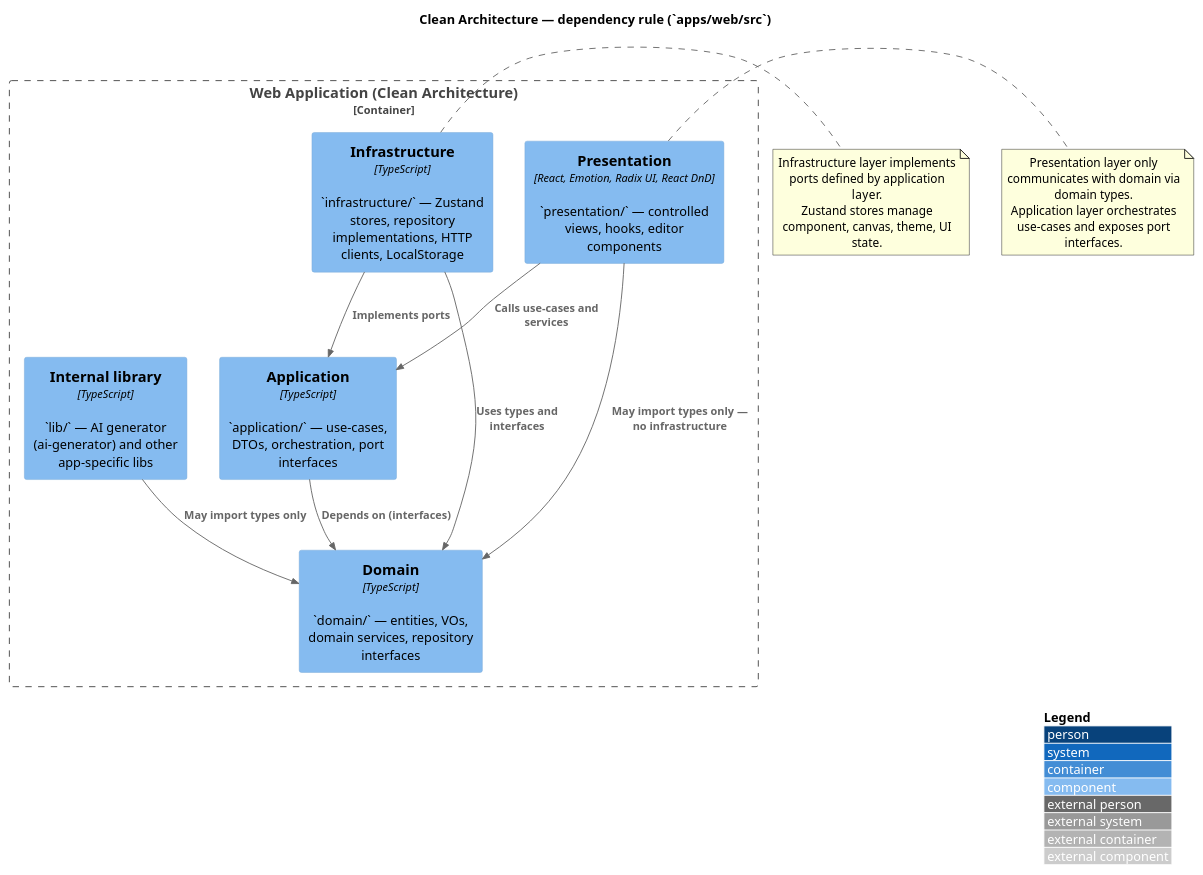
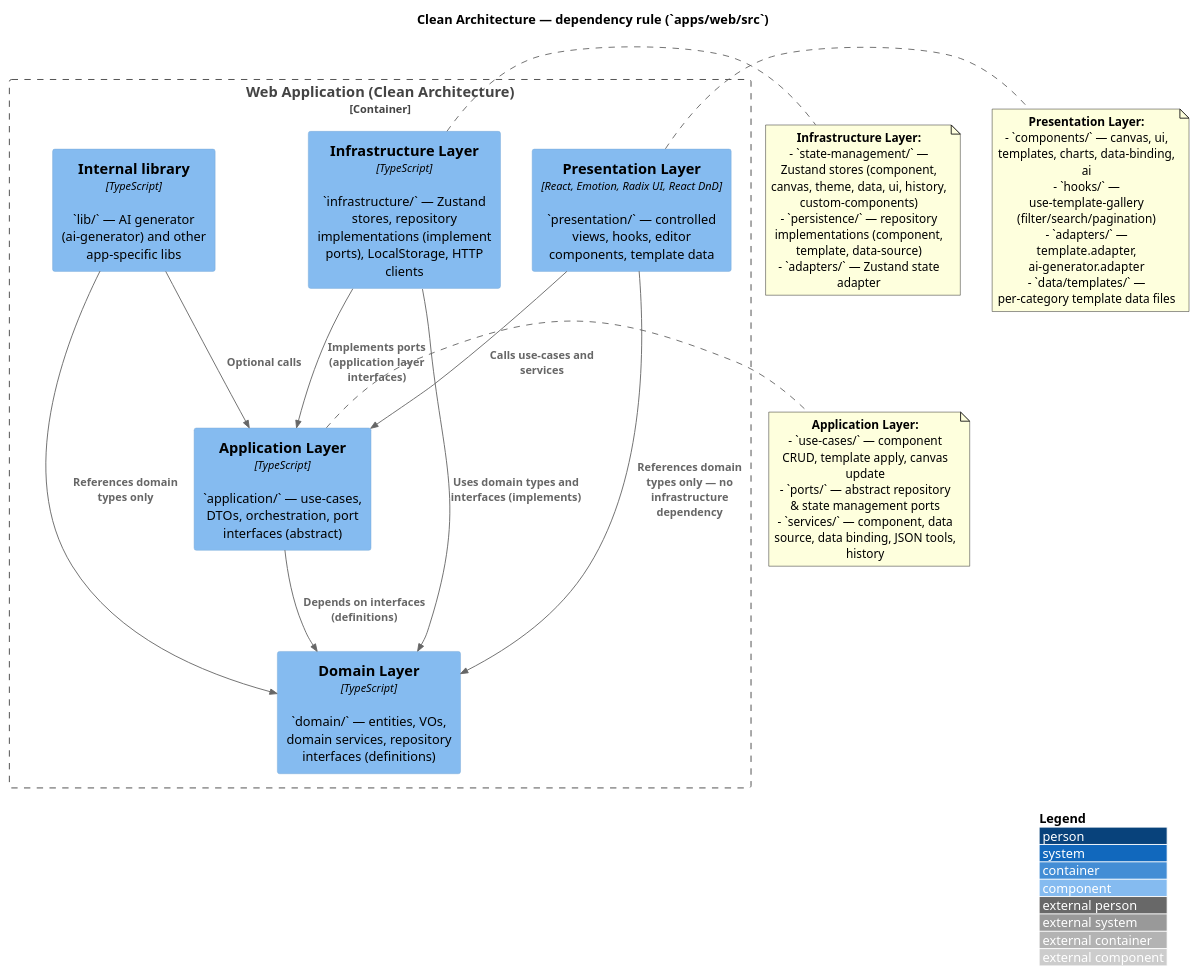
One commit to felixzhu97/low-code-platform changed the diagram in docs/en/architecture/c4/c4-clean-architecture.puml. Above: the diagram before and after it, drawn with PlantUML. The commit also changed 43 other files, not shown here.

First line of the commit message:
refactor: split templates.ts into category files + update architecture docs

```diff
--- a/docs/en/architecture/c4/c4-clean-architecture.puml
+++ b/docs/en/architecture/c4/c4-clean-architecture.puml
@@ -1,33 +1,46 @@
 @startuml c4-clean-architecture-felix-low-code
 !include https://raw.githubusercontent.com/plantuml-stdlib/C4-PlantUML/master/C4_Component.puml
 
 LAYOUT_WITH_LEGEND()
 
 title Clean Architecture — dependency rule (`apps/web/src`)
 
 Container_Boundary(web, "Web Application (Clean Architecture)") {
-    Component(presentation, "Presentation", "React, Emotion, Radix UI, React DnD", "`presentation/` — controlled views, hooks, editor components")
-    Component(application, "Application", "TypeScript", "`application/` — use-cases, DTOs, orchestration, port interfaces")
-    Component(domain, "Domain", "TypeScript", "`domain/` — entities, VOs, domain services, repository interfaces")
-    Component(infrastructure, "Infrastructure", "TypeScript", "`infrastructure/` — Zustand stores, repository implementations, HTTP clients, LocalStorage")
+    Component(presentation, "Presentation Layer", "React, Emotion, Radix UI, React DnD", "`presentation/` — controlled views, hooks, editor components, template data")
+    Component(application, "Application Layer", "TypeScript", "`application/` — use-cases, DTOs, orchestration, port interfaces (abstract)")
+    Component(domain, "Domain Layer", "TypeScript", "`domain/` — entities, VOs, domain services, repository interfaces (definitions)")
+    Component(infrastructure, "Infrastructure Layer", "TypeScript", "`infrastructure/` — Zustand stores, repository implementations (implement ports), LocalStorage, HTTP clients")
     Component(lib, "Internal library", "TypeScript", "`lib/` — AI generator (ai-generator) and other app-specific libs")
 }
 
 Rel(presentation, application, "Calls use-cases and services")
-Rel(application, domain, "Depends on (interfaces)")
-Rel(infrastructure, application, "Implements ports")
-Rel(infrastructure, domain, "Uses types and interfaces")
-Rel(presentation, domain, "May import types only — no infrastructure")
-Rel(lib, domain, "May import types only")
+Rel(presentation, domain, "References domain types only — no infrastructure dependency")
+Rel(application, domain, "Depends on interfaces (definitions)")
+Rel(infrastructure, application, "Implements ports (application layer interfaces)")
+Rel(infrastructure, domain, "Uses domain types and interfaces (implements)")
+Rel(lib, domain, "References domain types only")
+Rel(lib, application, "Optional calls")
 
 note right of presentation
-  Presentation layer only communicates with domain via domain types.
-  Application layer orchestrates use-cases and exposes port interfaces.
+  **Presentation Layer:**
+  - `components/` — canvas, ui, templates, charts, data-binding, ai
+  - `hooks/` — use-template-gallery (filter/search/pagination)
+  - `adapters/` — template.adapter, ai-generator.adapter
+  - `data/templates/` — per-category template data files
+end note
+
+note right of application
+  **Application Layer:**
+  - `use-cases/` — component CRUD, template apply, canvas update
+  - `ports/` — abstract repository & state management ports
+  - `services/` — component, data source, data binding, JSON tools, history
 end note
 
 note right of infrastructure
-  Infrastructure layer implements ports defined by application layer.
-  Zustand stores manage component, canvas, theme, UI state.
+  **Infrastructure Layer:**
+  - `state-management/` — Zustand stores (component, canvas, theme, data, ui, history, custom-components)
+  - `persistence/` — repository implementations (component, template, data-source)
+  - `adapters/` — Zustand state adapter
 end note
 
 @enduml
```
